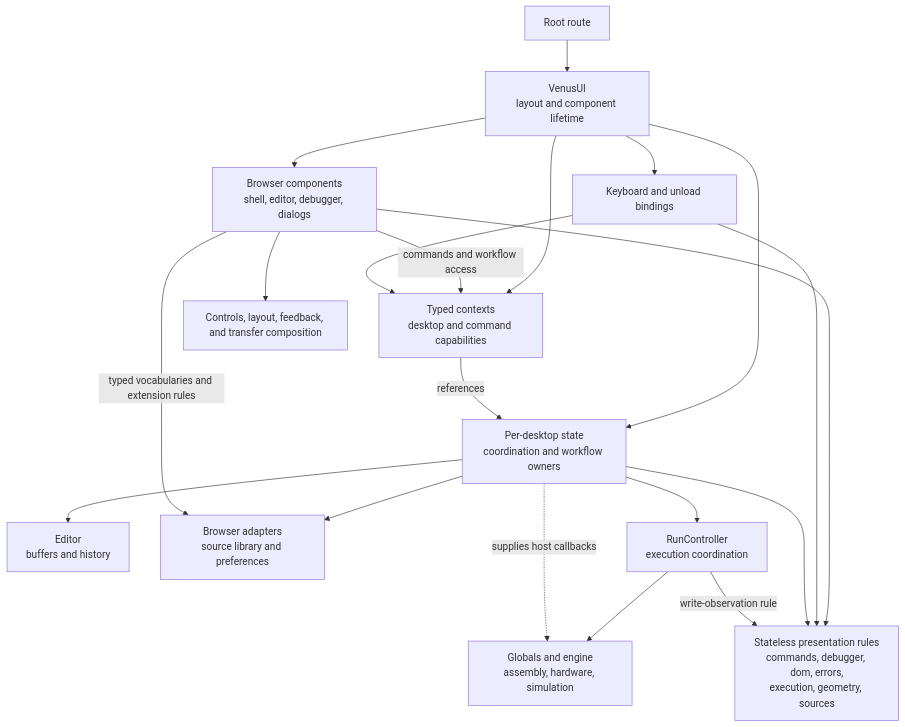
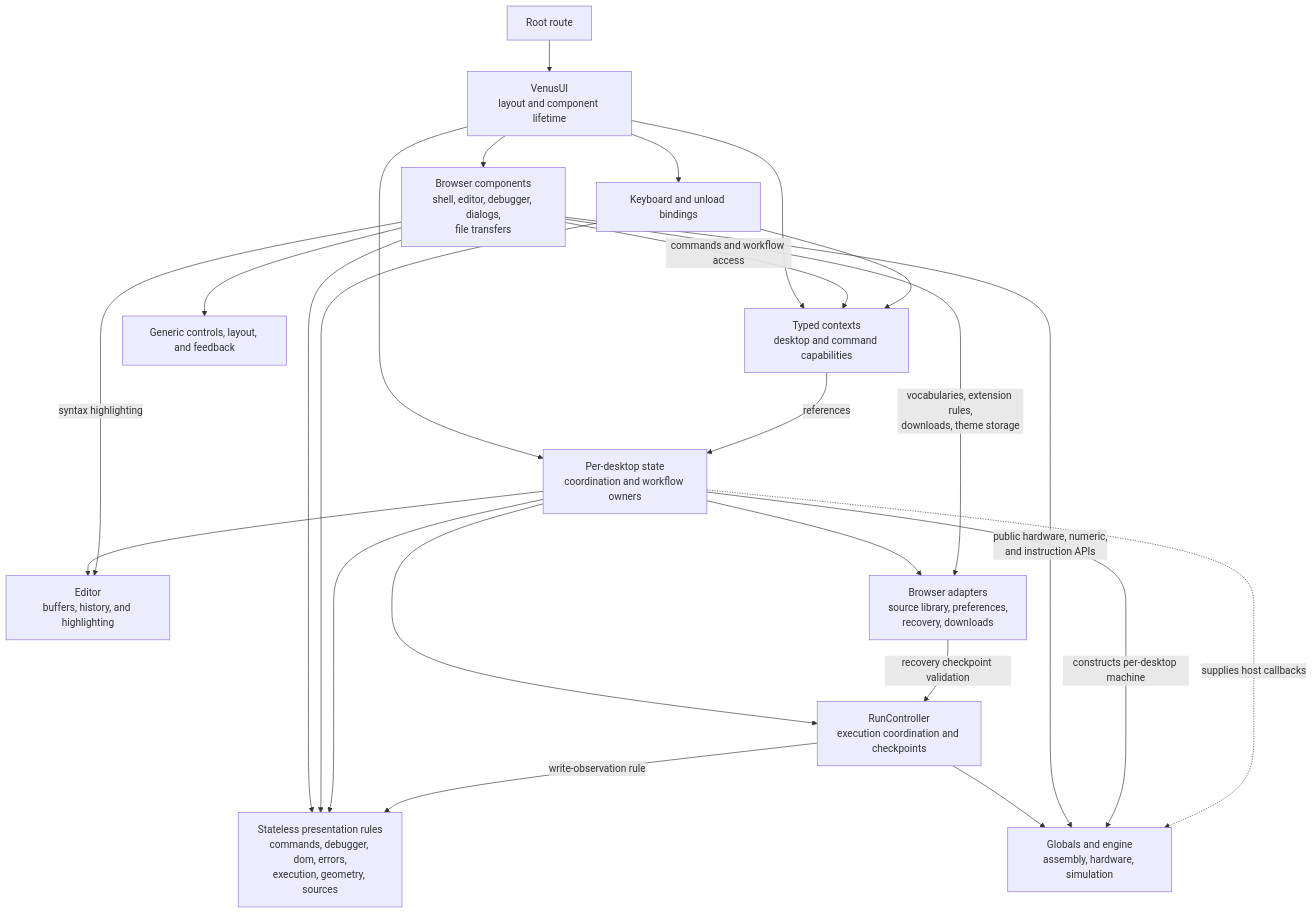
Before and after one commit to awpala/MARS-ts: the first of 2 diagrams in src/lib/venus/README.md, drawn with Mermaid. The commit also changed other lines of this file and 4 other files, not shown here.

Commit message:
docs: true-up diagrams

````diff
--- a/src/lib/venus/README.md
+++ b/src/lib/venus/README.md
@@ -15,22 +15,26 @@
 ```mermaid
 flowchart TB
     Route["Root route"] --> Root["VenusUI<br/>layout and component lifetime"]
     Root --> State["Per-desktop state<br/>coordination and workflow owners"]
     Root --> Context["Typed contexts<br/>desktop and command capabilities"]
     Context -->|references| State
-    Root --> Views["Browser components<br/>shell, editor, debugger, dialogs"]
+    Root --> Views["Browser components<br/>shell, editor, debugger, dialogs,<br/>file transfers"]
     Views -->|commands and workflow access| Context
-    Views --> Primitives["Controls, layout, feedback, and transfer composition"]
+    Views --> Primitives["Generic controls, layout, and feedback"]
     Root --> Hooks["Keyboard and unload bindings"]
     Hooks --> Context
     Views --> Utilities["Stateless presentation rules<br/>commands, debugger, dom, errors,<br/>execution, geometry, sources"]
     Hooks --> Utilities
     State --> Utilities
-    State --> Editor["Editor<br/>buffers and history"]
-    State --> Browser["Browser adapters<br/>source library and preferences"]
-    Views -->|"typed vocabularies and extension rules"| Browser
-    State --> Controller["RunController<br/>execution coordination"]
+    State --> Editor["Editor<br/>buffers, history, and highlighting"]
+    Views -->|syntax highlighting| Editor
+    State --> Browser["Browser adapters<br/>source library, preferences,<br/>recovery, downloads"]
+    Views -->|"vocabularies, extension rules,<br/>downloads, theme storage"| Browser
+    State --> Controller["RunController<br/>execution coordination and checkpoints"]
+    Browser -->|"recovery checkpoint validation"| Controller
     Controller --> Engine["Globals and engine<br/>assembly, hardware, simulation"]
     Controller -->|"write-observation rule"| Utilities
+    Views -->|"public hardware, numeric,<br/>and instruction APIs"| Engine
+    State -->|constructs per-desktop machine| Engine
     State -.->|supplies host callbacks| Engine
 ```
````
